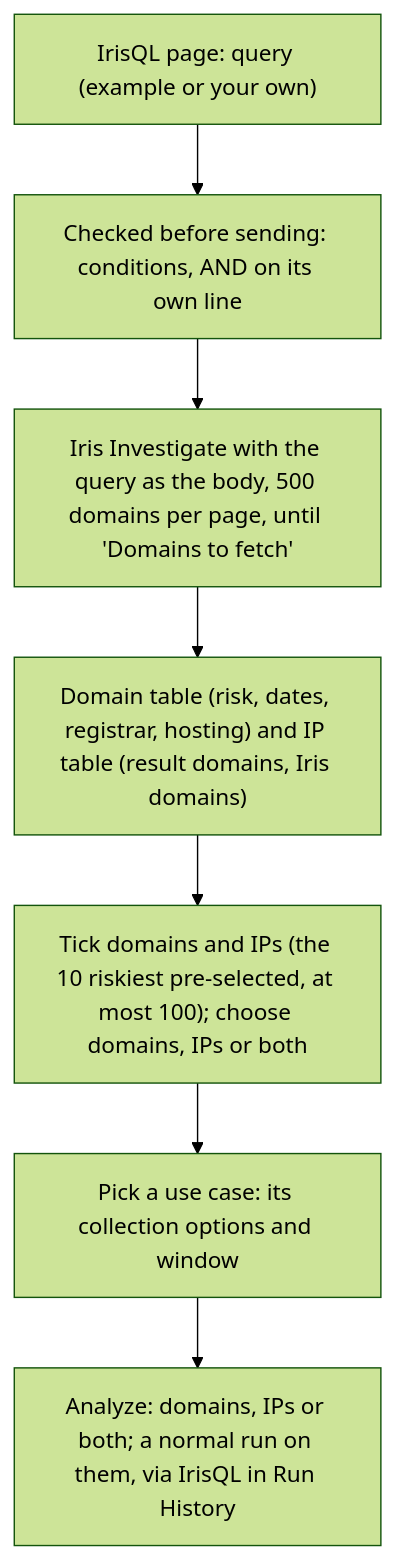
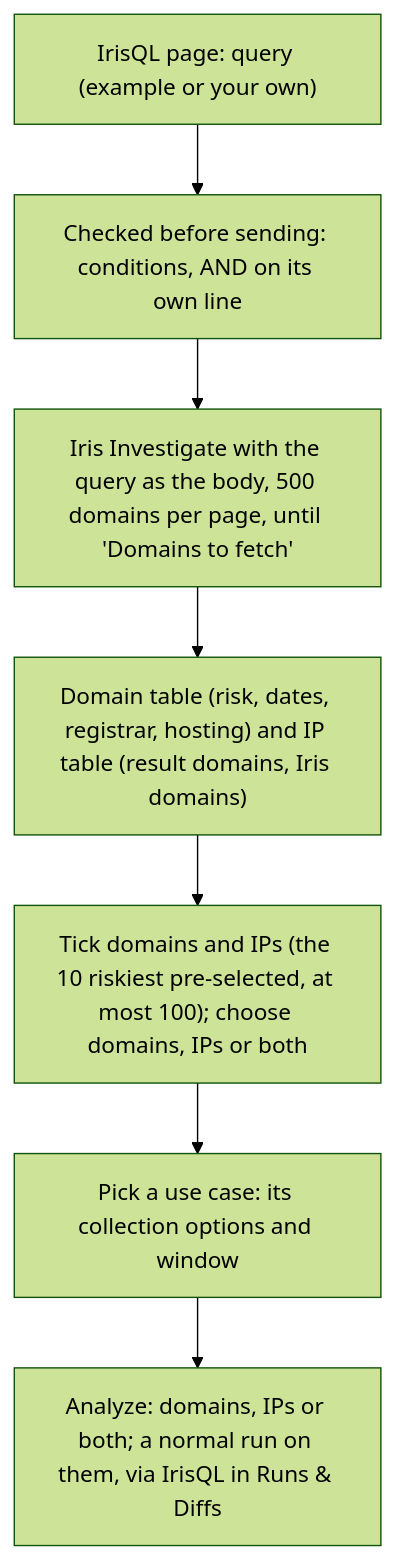
One commit to mmesojedec/DomainTools_Analysis_Detection changed the third of 8 diagrams in docs/WORKFLOWS.md. Above: the diagram before and after it, drawn with Mermaid (forest theme). The commit also changed other lines of this file and 27 other files, not shown here.

````diff
--- a/docs/WORKFLOWS.md
+++ b/docs/WORKFLOWS.md
@@ -86,9 +86,9 @@
 ```mermaid
 flowchart TD
     A["IrisQL page: query (example or your own)"] --> B["Checked before sending: conditions, AND on its own line"]
     B --> C["Iris Investigate with the query as the body, 500 domains per page, until 'Domains to fetch'"]
     C --> D["Domain table (risk, dates, registrar, hosting) and IP table (result domains, Iris domains)"]
     D --> E["Tick domains and IPs (the 10 riskiest pre-selected, at most 100); choose domains, IPs or both"]
     E --> F["Pick a use case: its collection options and window"]
-    F --> G["Analyze: domains, IPs or both; a normal run on them, via IrisQL in Run History"]
+    F --> G["Analyze: domains, IPs or both; a normal run on them, via IrisQL in Runs & Diffs"]
 ```
````
